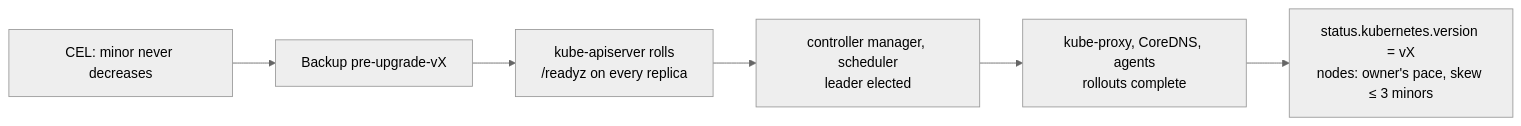
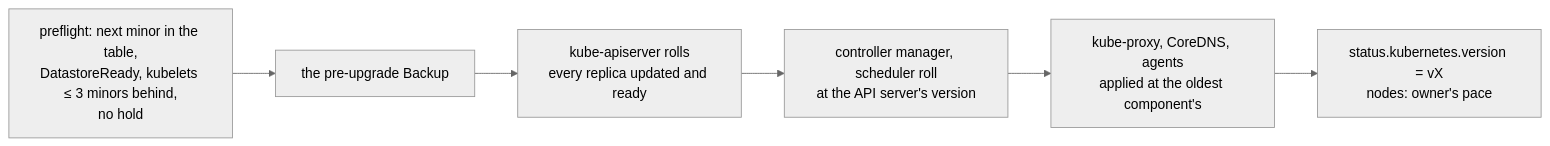
Before and after one commit to lodia-io/lodia: the fifth of 7 diagrams in docs/README.md, drawn with Mermaid (neutral theme). The commit also changed other lines of this file and 44 other files, not shown here.

````diff
--- a/docs/README.md
+++ b/docs/README.md
@@ -745,4 +759,4 @@
 ```mermaid
 flowchart LR
-  v["CEL: minor never decreases"] --> b["Backup pre-upgrade-vX"] --> kas["kube-apiserver rolls<br/>/readyz on every replica"] --> kcm["controller manager, scheduler<br/>leader elected"] --> add["kube-proxy, CoreDNS, agents<br/>rollouts complete"] --> done["status.kubernetes.version = vX<br/>nodes: owner's pace, skew ≤ 3 minors"]
+  v["preflight: next minor in the table,<br/>DatastoreReady, kubelets ≤ 3 minors behind,<br/>no hold"] --> b["the pre-upgrade Backup"] --> kas["kube-apiserver rolls<br/>every replica updated and ready"] --> kcm["controller manager, scheduler roll<br/>at the API server's version"] --> add["kube-proxy, CoreDNS, agents<br/>applied at the oldest component's"] --> done["status.kubernetes.version = vX<br/>nodes: owner's pace"]
 ```
````
